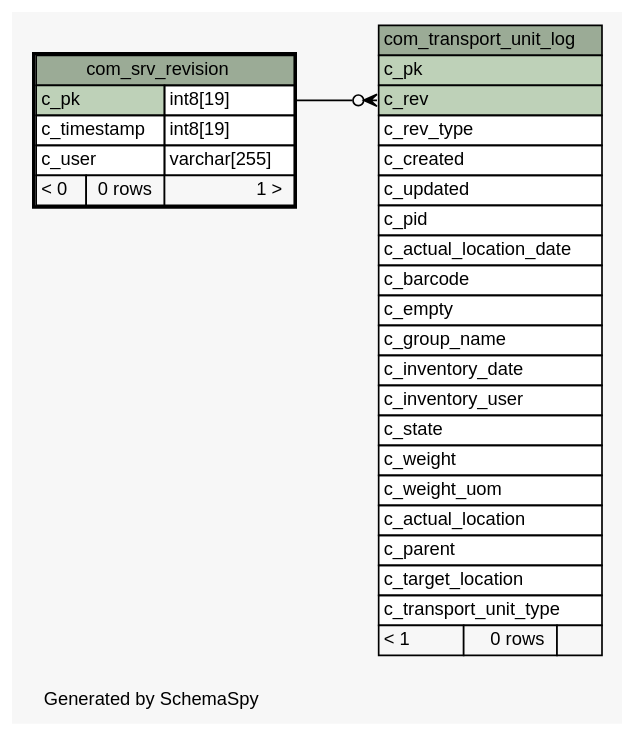
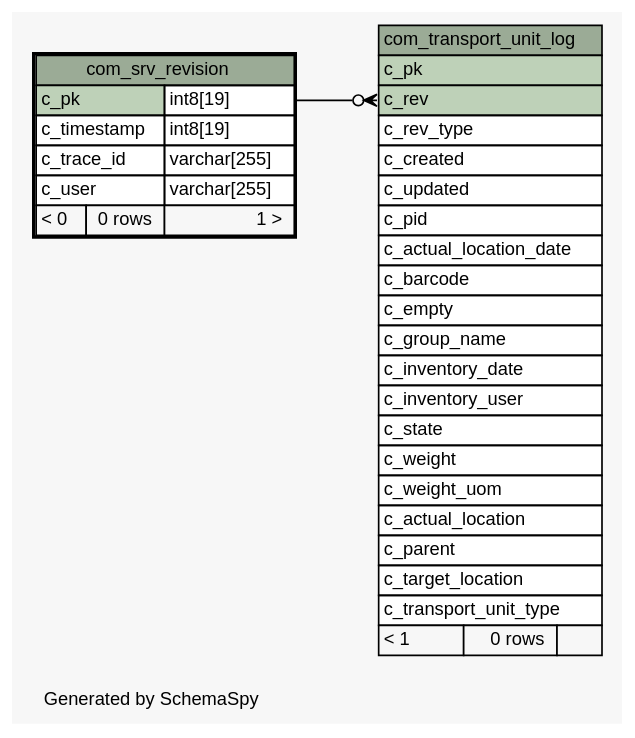
Before and after one commit to openwms/org.openwms.common.service.lib: the diagram in 2.0.0-SNAPSHOT/schemaspy/diagrams/com_srv_revision.1degree.dot, drawn with Graphviz. The commit also changed 484 other files, not shown here.

```diff
--- a/2.0.0-SNAPSHOT/schemaspy/diagrams/com_srv_revision.1degree.dot
+++ b/2.0.0-SNAPSHOT/schemaspy/diagrams/com_srv_revision.1degree.dot
@@ -1,63 +1,64 @@
 // dot 2.43.0 on Linux 5.11.0-1028-azure
 // SchemaSpy rev Unknown
 digraph "oneDegreeRelationshipsDiagram" {
   graph [
     rankdir="RL"
     bgcolor="#f7f7f7"
     label="\nGenerated by SchemaSpy"
     labeljust="l"
     nodesep="0.18"
     ranksep="0.46"
     fontname="Helvetica"
     fontsize="11"
   ];
   node [
     fontname="Helvetica"
     fontsize="11"
     shape="plaintext"
   ];
   edge [
     arrowsize="0.8"
   ];
   "com_transport_unit_log":"c_rev":w -> "com_srv_revision":"c_pk.type":e [arrowhead=none dir=back arrowtail=crowodot];
   "com_srv_revision" [
     label=<
     <TABLE BORDER="2" CELLBORDER="1" CELLSPACING="0" BGCOLOR="#ffffff">
       <TR><TD COLSPAN="3" BGCOLOR="#9bab96" ALIGN="CENTER">com_srv_revision</TD></TR>
       <TR><TD PORT="c_pk" COLSPAN="2" BGCOLOR="#bed1b8" ALIGN="LEFT">c_pk</TD><TD PORT="c_pk.type" ALIGN="LEFT">int8[19]</TD></TR>
       <TR><TD PORT="c_timestamp" COLSPAN="2" ALIGN="LEFT">c_timestamp</TD><TD PORT="c_timestamp.type" ALIGN="LEFT">int8[19]</TD></TR>
+      <TR><TD PORT="c_trace_id" COLSPAN="2" ALIGN="LEFT">c_trace_id</TD><TD PORT="c_trace_id.type" ALIGN="LEFT">varchar[255]</TD></TR>
       <TR><TD PORT="c_user" COLSPAN="2" ALIGN="LEFT">c_user</TD><TD PORT="c_user.type" ALIGN="LEFT">varchar[255]</TD></TR>
       <TR><TD ALIGN="LEFT" BGCOLOR="#f7f7f7">&lt; 0</TD><TD ALIGN="RIGHT" BGCOLOR="#f7f7f7">0 rows</TD><TD ALIGN="RIGHT" BGCOLOR="#f7f7f7">1 &gt;</TD></TR>
     </TABLE>>
     URL="com_srv_revision.html"
     tooltip="com_srv_revision"
   ];
   "com_transport_unit_log" [
     label=<
     <TABLE BORDER="0" CELLBORDER="1" CELLSPACING="0" BGCOLOR="#ffffff">
       <TR><TD COLSPAN="3" BGCOLOR="#9bab96" ALIGN="CENTER">com_transport_unit_log</TD></TR>
       <TR><TD PORT="c_pk" COLSPAN="3" BGCOLOR="#bed1b8" ALIGN="LEFT">c_pk</TD></TR>
       <TR><TD PORT="c_rev" COLSPAN="3" BGCOLOR="#bed1b8" ALIGN="LEFT">c_rev</TD></TR>
       <TR><TD PORT="c_rev_type" COLSPAN="3" ALIGN="LEFT">c_rev_type</TD></TR>
       <TR><TD PORT="c_created" COLSPAN="3" ALIGN="LEFT">c_created</TD></TR>
       <TR><TD PORT="c_updated" COLSPAN="3" ALIGN="LEFT">c_updated</TD></TR>
       <TR><TD PORT="c_pid" COLSPAN="3" ALIGN="LEFT">c_pid</TD></TR>
       <TR><TD PORT="c_actual_location_date" COLSPAN="3" ALIGN="LEFT">c_actual_location_date</TD></TR>
       <TR><TD PORT="c_barcode" COLSPAN="3" ALIGN="LEFT">c_barcode</TD></TR>
       <TR><TD PORT="c_empty" COLSPAN="3" ALIGN="LEFT">c_empty</TD></TR>
       <TR><TD PORT="c_group_name" COLSPAN="3" ALIGN="LEFT">c_group_name</TD></TR>
       <TR><TD PORT="c_inventory_date" COLSPAN="3" ALIGN="LEFT">c_inventory_date</TD></TR>
       <TR><TD PORT="c_inventory_user" COLSPAN="3" ALIGN="LEFT">c_inventory_user</TD></TR>
       <TR><TD PORT="c_state" COLSPAN="3" ALIGN="LEFT">c_state</TD></TR>
       <TR><TD PORT="c_weight" COLSPAN="3" ALIGN="LEFT">c_weight</TD></TR>
       <TR><TD PORT="c_weight_uom" COLSPAN="3" ALIGN="LEFT">c_weight_uom</TD></TR>
       <TR><TD PORT="c_actual_location" COLSPAN="3" ALIGN="LEFT">c_actual_location</TD></TR>
       <TR><TD PORT="c_parent" COLSPAN="3" ALIGN="LEFT">c_parent</TD></TR>
       <TR><TD PORT="c_target_location" COLSPAN="3" ALIGN="LEFT">c_target_location</TD></TR>
       <TR><TD PORT="c_transport_unit_type" COLSPAN="3" ALIGN="LEFT">c_transport_unit_type</TD></TR>
       <TR><TD ALIGN="LEFT" BGCOLOR="#f7f7f7">&lt; 1</TD><TD ALIGN="RIGHT" BGCOLOR="#f7f7f7">0 rows</TD><TD ALIGN="RIGHT" BGCOLOR="#f7f7f7">  </TD></TR>
     </TABLE>>
     URL="com_transport_unit_log.html"
     tooltip="com_transport_unit_log"
   ];
 }
```
